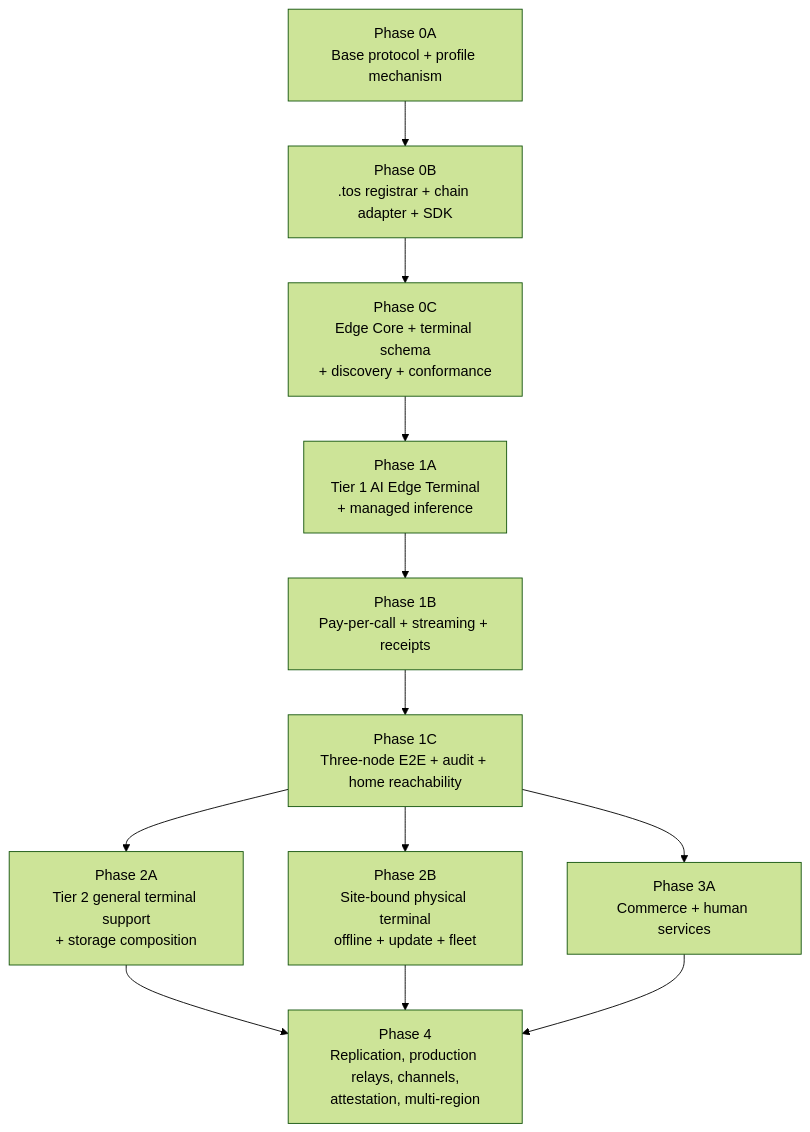
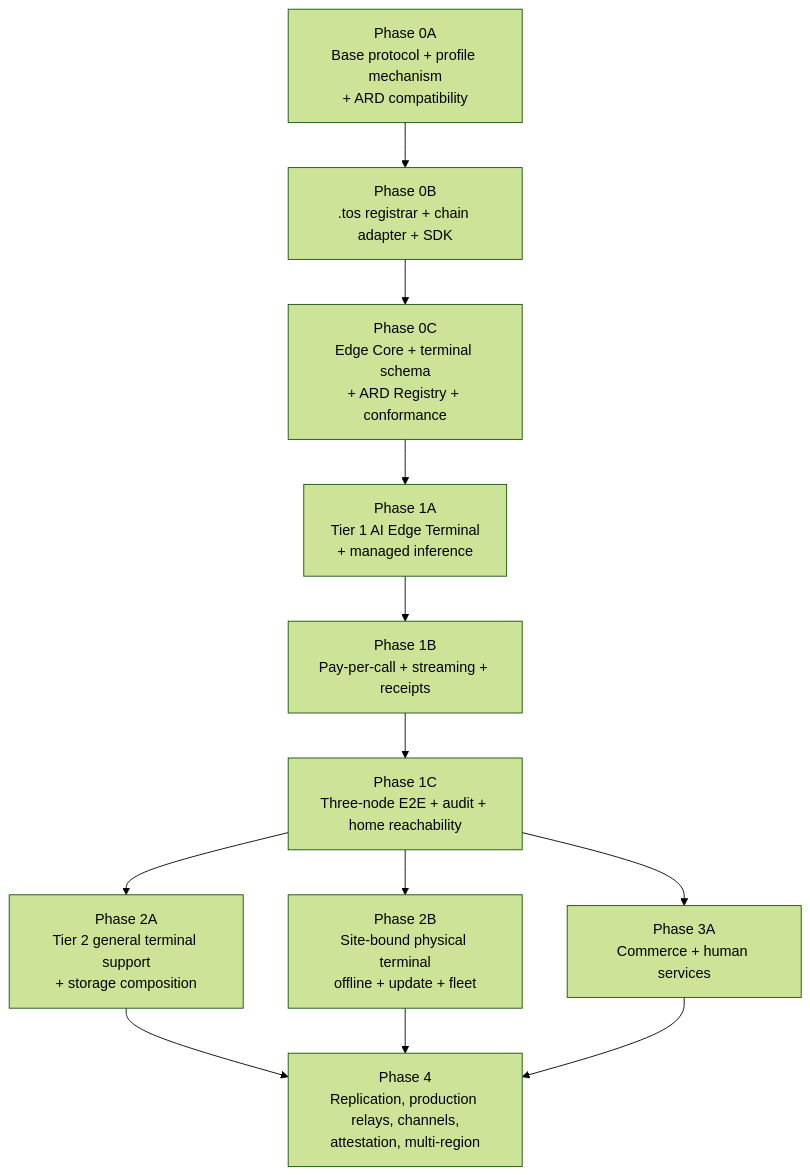
Before and after one commit to tosnetwork/tos: the fifth of 5 diagrams in doc/the-tos-protocol-implementation-plan.md, drawn with Mermaid (forest theme). The commit also changed other lines of this file and 21 other files, not shown here.

First line of the commit message:
feat: add ARD compatibility and Stage B rehearsal

````diff
--- a/doc/the-tos-protocol-implementation-plan.md
+++ b/doc/the-tos-protocol-implementation-plan.md
@@ -1307,17 +1391,17 @@
 ```mermaid
 flowchart TB
-    P0A["Phase 0A<br/>Base protocol + profile mechanism"] --> P0B["Phase 0B<br/>.tos registrar + chain adapter + SDK"]
-    P0B --> P0C["Phase 0C<br/>Edge Core + terminal schema<br/>+ discovery + conformance"]
+    P0A["Phase 0A<br/>Base protocol + profile mechanism<br/>+ ARD compatibility"] --> P0B["Phase 0B<br/>.tos registrar + chain adapter + SDK"]
+    P0B --> P0C["Phase 0C<br/>Edge Core + terminal schema<br/>+ ARD Registry + conformance"]
 
     P0C --> P1A["Phase 1A<br/>Tier 1 AI Edge Terminal<br/>+ managed inference"]
     P1A --> P1B["Phase 1B<br/>Pay-per-call + streaming + receipts"]
     P1B --> P1C["Phase 1C<br/>Three-node E2E + audit + home reachability"]
 
     P1C --> P2A["Phase 2A<br/>Tier 2 general terminal support<br/>+ storage composition"]
     P1C --> P2B["Phase 2B<br/>Site-bound physical terminal<br/>offline + update + fleet"]
     P1C --> P3A["Phase 3A<br/>Commerce + human services"]
 
     P2A --> P4["Phase 4<br/>Replication, production relays, channels,<br/>attestation, multi-region"]
     P2B --> P4
     P3A --> P4
 ```
````
